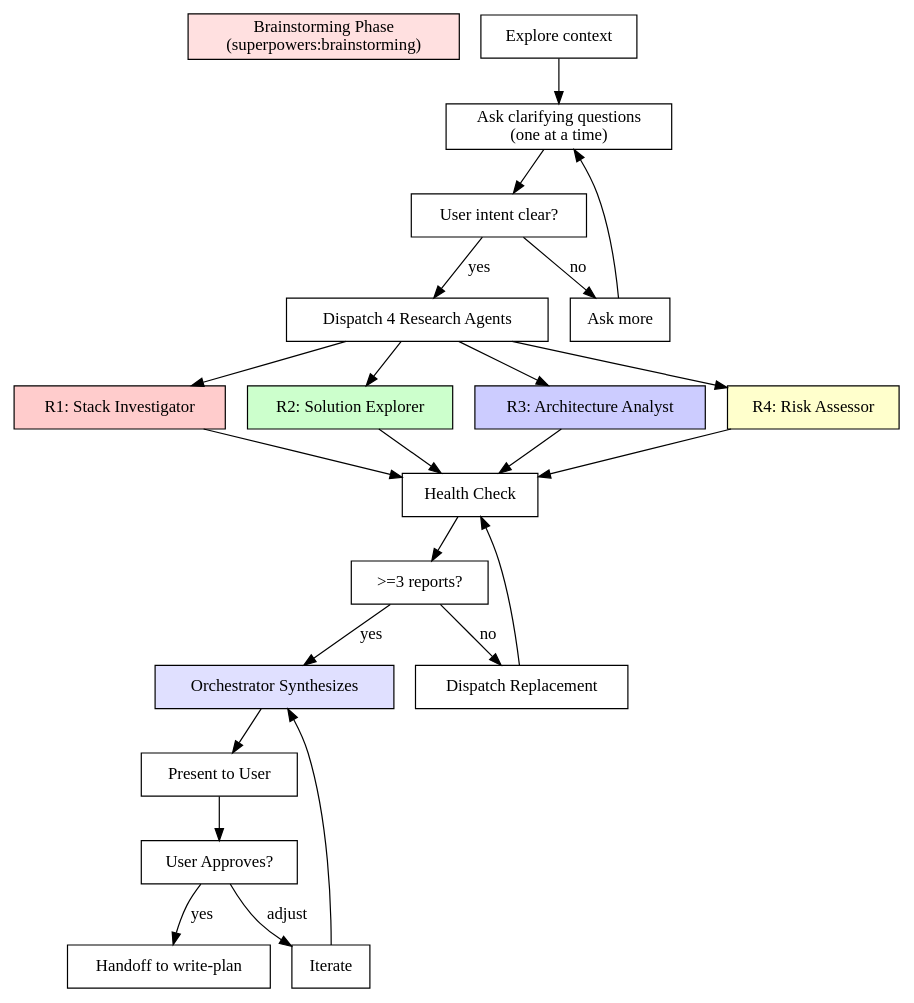
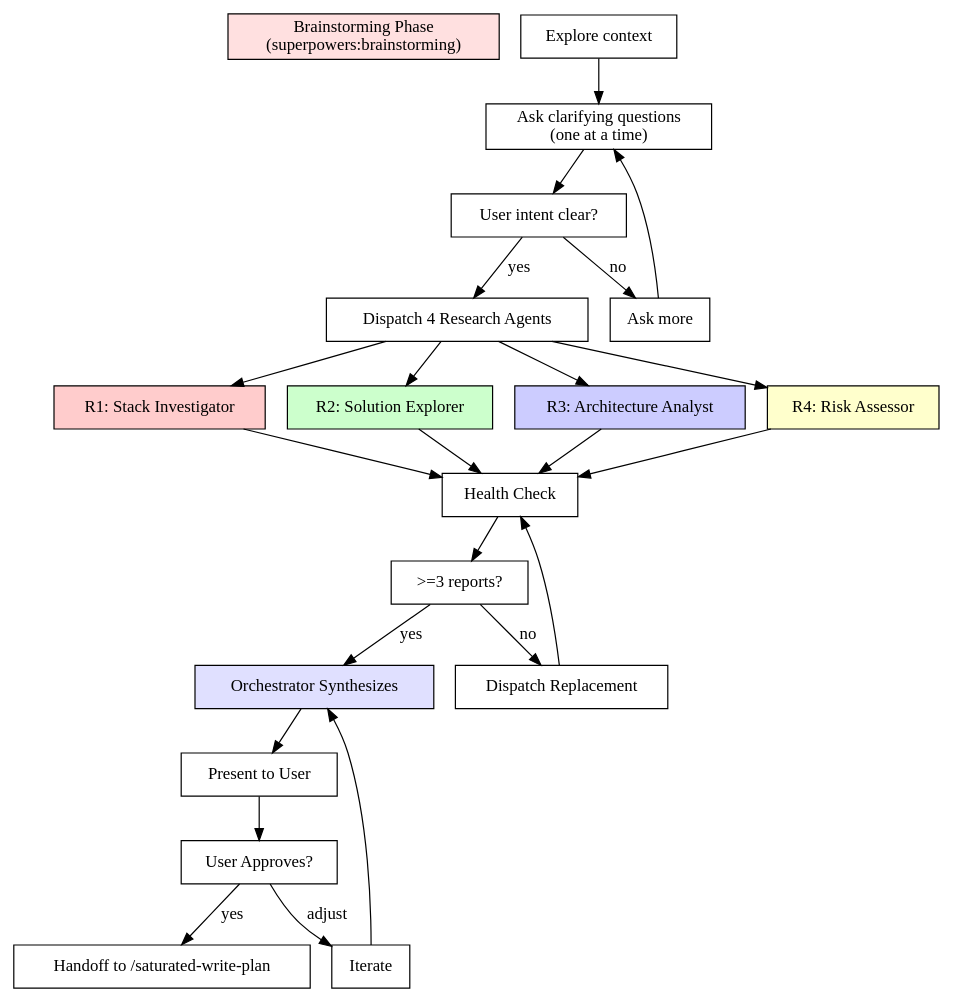
One commit to Louis-Leee/saturation-agnet-team-coding changed the diagram in skills/saturated-coding/research.md. Above: the diagram before and after it, drawn with Graphviz. The commit also changed other lines of this file and 9 other files, not shown here.

````diff
--- a/skills/saturated-coding/research.md
+++ b/skills/saturated-coding/research.md
@@ -24,40 +24,40 @@
 ```dot
 digraph research {
     rankdir=TB;
     node [shape=box];
 
     "Brainstorming Phase\n(superpowers:brainstorming)" [style=filled, fillcolor="#ffe0e0"];
     "Explore context" -> "Ask clarifying questions\n(one at a time)";
     "Ask clarifying questions\n(one at a time)" -> "User intent clear?";
     "User intent clear?" -> "Ask more" [label="no"];
     "Ask more" -> "Ask clarifying questions\n(one at a time)";
     "User intent clear?" -> "Dispatch 4 Research Agents" [label="yes"];
 
     "R1: Stack Investigator" [style=filled, fillcolor="#ffcccc"];
     "R2: Solution Explorer" [style=filled, fillcolor="#ccffcc"];
     "R3: Architecture Analyst" [style=filled, fillcolor="#ccccff"];
     "R4: Risk Assessor" [style=filled, fillcolor="#ffffcc"];
 
     "Dispatch 4 Research Agents" -> "R1: Stack Investigator";
     "Dispatch 4 Research Agents" -> "R2: Solution Explorer";
     "Dispatch 4 Research Agents" -> "R3: Architecture Analyst";
     "Dispatch 4 Research Agents" -> "R4: Risk Assessor";
 
     "R1: Stack Investigator" -> "Health Check";
     "R2: Solution Explorer" -> "Health Check";
     "R3: Architecture Analyst" -> "Health Check";
     "R4: Risk Assessor" -> "Health Check";
 
     "Health Check" -> ">=3 reports?" [shape=diamond];
     ">=3 reports?" -> "Orchestrator Synthesizes" [label="yes"];
     ">=3 reports?" -> "Dispatch Replacement" [label="no"];
     "Dispatch Replacement" -> "Health Check";
 
     "Orchestrator Synthesizes" [style=filled, fillcolor="#e0e0ff"];
     "Orchestrator Synthesizes" -> "Present to User";
     "Present to User" -> "User Approves?";
-    "User Approves?" -> "Handoff to write-plan" [label="yes"];
+    "User Approves?" -> "Handoff to /saturated-write-plan" [label="yes"];
     "User Approves?" -> "Iterate" [label="adjust"];
     "Iterate" -> "Orchestrator Synthesizes";
 }
 ```
````
